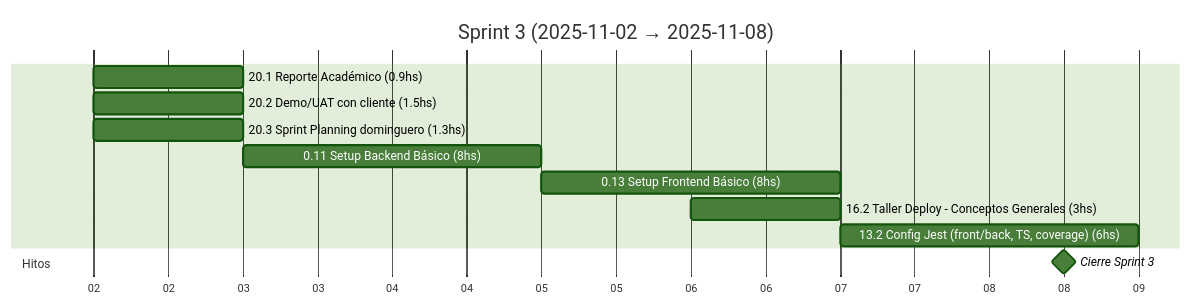
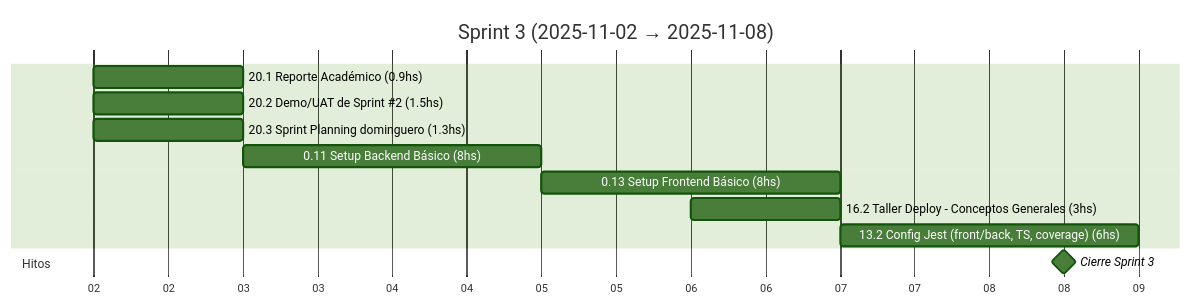
The fourth of 19 diagrams in docs/SprintsGantts.md (MarkMed/FleetMan), drawn with Mermaid (forest theme) before and after one commit. The commit also changed other lines of this file and 2 other files, not shown here.

Commit message:
feat: Update Sprint planning for sprint 11 and update Gantt charts

````diff
--- a/docs/SprintsGantts.md
+++ b/docs/SprintsGantts.md
@@ -103,19 +103,19 @@
 ```mermaid
 gantt
   title Sprint 3 (2025-11-02 → 2025-11-08)
   dateFormat  YYYY-MM-DD
   axisFormat  %d
 
   %% Asumimos 5 h/día. Horas estimadas incluidas en el nombre.
 
   20.1 Reporte Académico (0.9hs)               :t201, 2025-11-02, 1d
-  20.2 Demo/UAT con cliente (1.5hs)            :t202, 2025-11-02, 1d
+  20.2 Demo/UAT de Sprint #2 (1.5hs)           :t202, 2025-11-02, 1d
   20.3 Sprint Planning dominguero (1.3hs)      :t203, 2025-11-02, 1d
   0.11 Setup Backend Básico (8hs)              :t011, after t203, 2d
   0.13 Setup Frontend Básico (8hs)             :t013, after t011, 2d
   16.2 Taller Deploy - Conceptos Generales (3hs) :t162, 2025-11-06, 1d
   13.2 Config Jest (front/back, TS, coverage) (6hs) :t132, after t013, 2d
 
   section Hitos
   Cierre Sprint 3                              :milestone, s3, 2025-11-08, 1d
 ```
````
